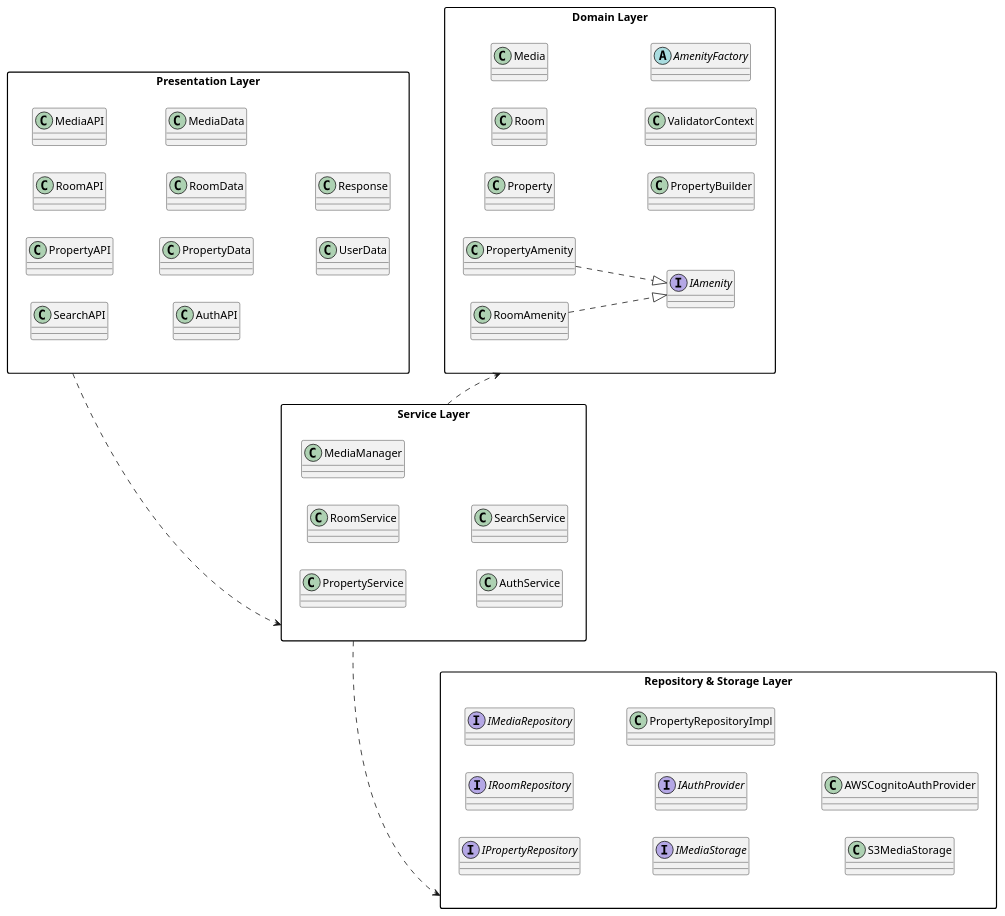
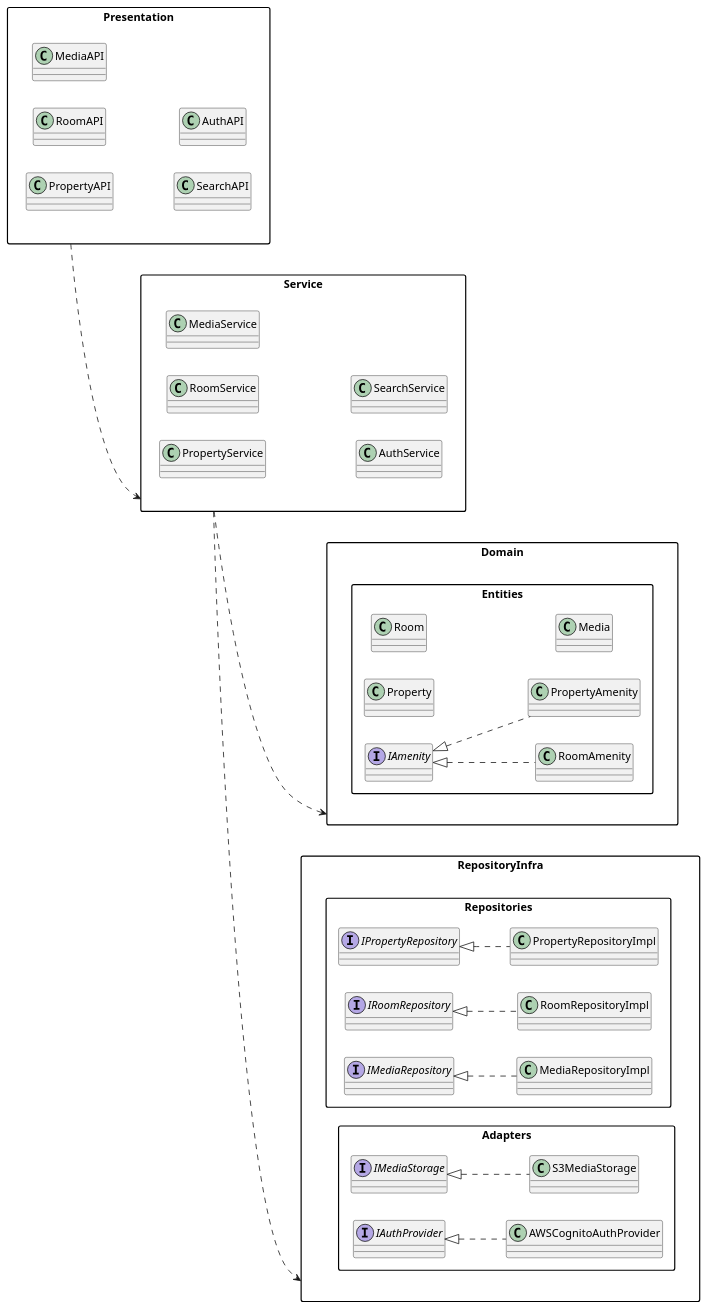
One commit to Formola/progettazione-hotel changed the diagram in docs/plantuml/design/package.puml. Above: the diagram before and after it, drawn with PlantUML. The commit also changed 33 other files, not shown here.

Commit message:
adjusted png diagrams

```diff
--- a/docs/plantuml/design/package.puml
+++ b/docs/plantuml/design/package.puml
@@ -1,55 +1,79 @@
-@startuml PackageDiagramDesign
+@startuml PackageDiagramOptimized
 skinparam packageStyle rectangle
 left to right direction
 
-package "Presentation Layer" {
+' --- PRESENTATION ---
+package "Presentation" {
   class PropertyAPI
   class RoomAPI
   class MediaAPI
   class SearchAPI
   class AuthAPI
-  class PropertyData
-  class RoomData
-  class MediaData
-  class UserData
-  class Response
 }
 
-
-package "Service Layer" {
+' --- SERVICE ---
+package "Service" {
   class PropertyService
   class RoomService
-  class MediaManager
+  class MediaService
   class AuthService
   class SearchService
 }
 
-package "Domain Layer" {
-  class Property
-  class Room
-  class Media
-  class PropertyBuilder
-  class ValidatorContext
-  abstract class AmenityFactory
-  interface IAmenity
-  class PropertyAmenity
-  class RoomAmenity
+' --- DOMAIN ---
+package "Domain" {
+
+  package "Entities" {
+    class Property
+    class Room
+    class Media
+    interface IAmenity
+    class RoomAmenity
+    class PropertyAmenity
+  }
+
+
+
 }
 
-package "Repository & Storage Layer" {
-  interface IPropertyRepository
-  interface IRoomRepository
-  interface IMediaRepository
-  interface IMediaStorage
-  interface IAuthProvider
-  class PropertyRepositoryImpl
-  class S3MediaStorage
-  class AWSCognitoAuthProvider
+package "RepositoryInfra" {
+
+  package "Repositories" {
+    class PropertyRepositoryImpl
+    class RoomRepositoryImpl
+    class MediaRepositoryImpl
+    interface IPropertyRepository
+    interface IRoomRepository
+    interface IMediaRepository
+  }
+  package "Adapters" {
+    class S3MediaStorage
+    class AWSCognitoAuthProvider
+    interface IMediaStorage
+
+    class AWSCognitoAuthProvider
+    interface IAuthProvider
+
+  }
+
+
 }
 
-"Presentation Layer" ..> "Service Layer"
-"Service Layer" ..> "Domain Layer"
-"Service Layer" ..> "Repository & Storage Layer"
-"PropertyAmenity" ..|> "IAmenity"
-"RoomAmenity" ..|> "IAmenity"
+"Presentation" ..> "Service"
+"Service" ..> "Domain"
+"Service" ..> "RepositoryInfra"
+
+
+IPropertyRepository <|.. PropertyRepositoryImpl
+IRoomRepository <|.. RoomRepositoryImpl
+IMediaRepository <|.. MediaRepositoryImpl
+IMediaStorage <|.. S3MediaStorage
+IAuthProvider <|.. AWSCognitoAuthProvider
+
+'iamenity
+IAmenity <|.. RoomAmenity
+IAmenity <|.. PropertyAmenity
+
+
+
 @enduml
```
